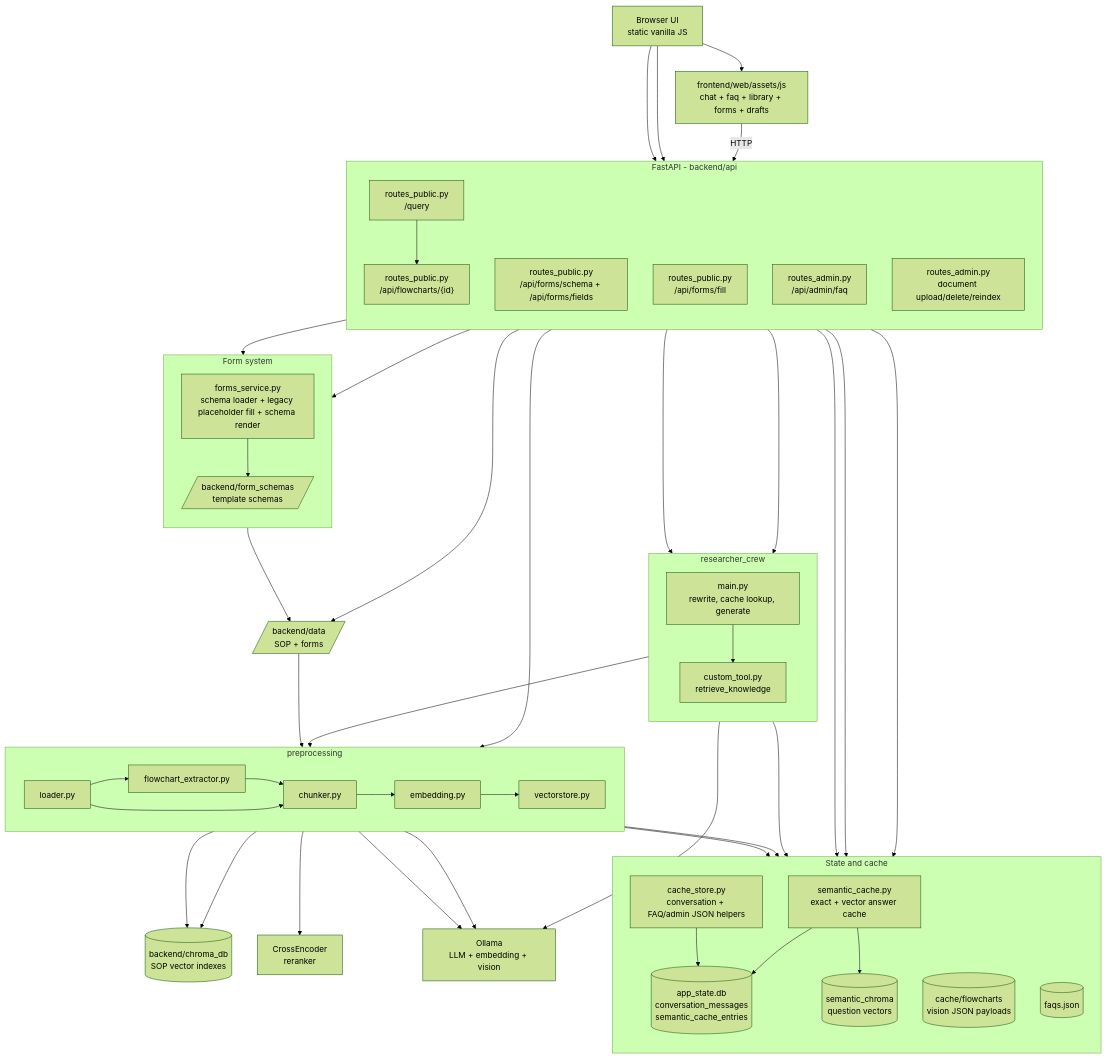
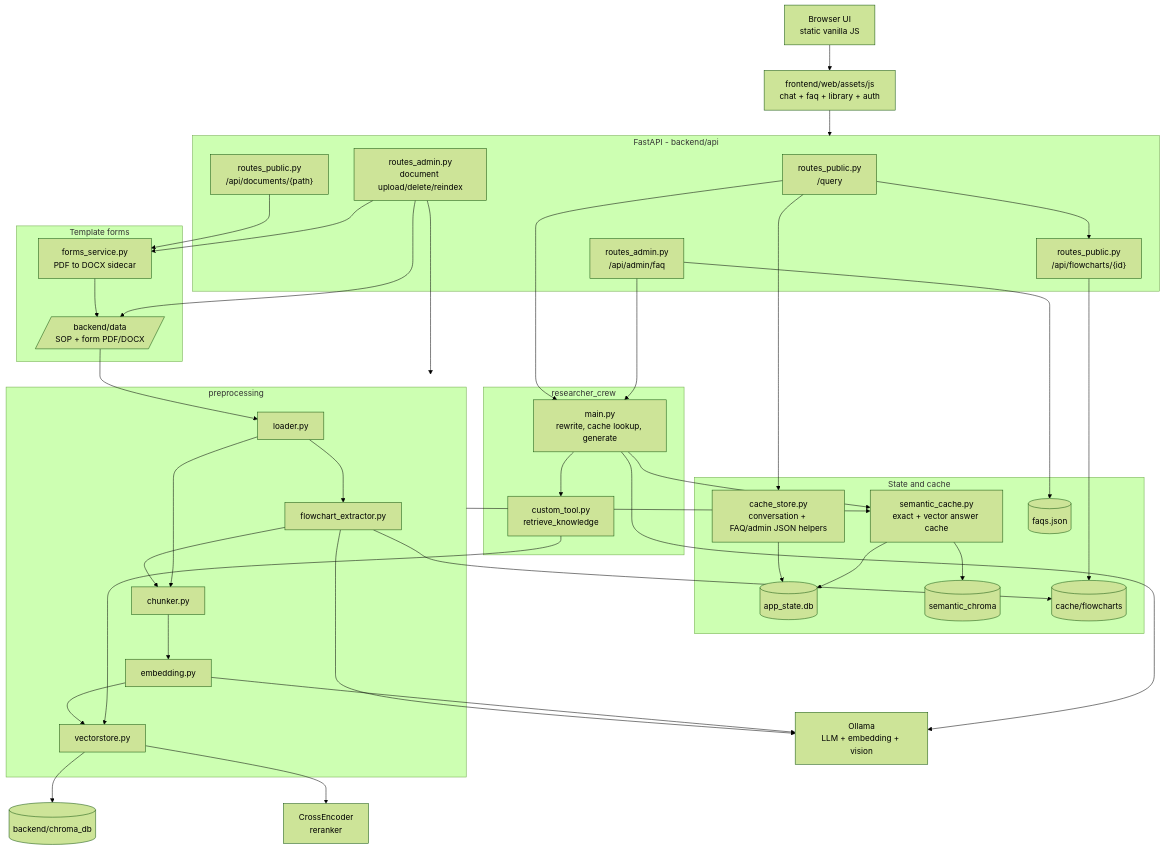
Before and after one commit to Akram17t/Internship: the diagram in Capstone/docs/TOPOLOGY.md, drawn with Mermaid (forest theme). The commit also changed other lines of this file and 43 other files, not shown here.

````diff
--- a/Capstone/docs/TOPOLOGY.md
+++ b/Capstone/docs/TOPOLOGY.md
@@ -6,66 +6,54 @@
 ```mermaid
 flowchart TB
     Browser["Browser UI<br/>static vanilla JS"]
-    FrontendModules["frontend/web/assets/js<br/>chat + faq + library + forms + drafts"]
+    FrontendModules["frontend/web/assets/js<br/>chat + faq + library + auth"]
     Ollama["Ollama<br/>LLM + embedding + vision"]
     Reranker["CrossEncoder<br/>reranker"]
 
     subgraph API["FastAPI - backend/api"]
-        direction TB
         Chat["routes_public.py<br/>/query"]
+        Downloads["routes_public.py<br/>/api/documents/{path}"]
         FlowchartAPI["routes_public.py<br/>/api/flowcharts/{id}"]
-        FormSchemaAPI["routes_public.py<br/>/api/forms/schema + /api/forms/fields"]
-        FormFillAPI["routes_public.py<br/>/api/forms/fill"]
         Faq["routes_admin.py<br/>/api/admin/faq"]
         DocMgmt["routes_admin.py<br/>document upload/delete/reindex"]
     end
 
     subgraph State["State and cache"]
-        direction TB
         CacheStore["cache_store.py<br/>conversation + FAQ/admin JSON helpers"]
-        CacheDB[("app_state.db<br/>conversation_messages<br/>semantic_cache_entries")]
+        CacheDB[("app_state.db")]
         SemanticCache["semantic_cache.py<br/>exact + vector answer cache"]
-        SemanticChroma[("semantic_chroma<br/>question vectors")]
-        FlowchartCache[("cache/flowcharts<br/>vision JSON payloads")]
+        SemanticChroma[("semantic_chroma")]
+        FlowchartCache[("cache/flowcharts")]
         Faqs[("faqs.json")]
     end
 
-    subgraph FormSystem["Form system"]
-        direction TB
-        FormSvc["forms_service.py<br/>schema loader + legacy placeholder fill + schema render"]
-        FormSchemas[/"backend/form_schemas<br/>template schemas"/]
+    subgraph Forms["Template forms"]
+        FormSvc["forms_service.py<br/>PDF to DOCX sidecar"]
+        Data[/"backend/data<br/>SOP + form PDF/DOCX"/]
     end
 
     subgraph RagRuntime["researcher_crew"]
-        direction TB
         Main["main.py<br/>rewrite, cache lookup, generate"]
         Retrieve["custom_tool.py<br/>retrieve_knowledge"]
     end
 
     subgraph Prep["preprocessing"]
-        direction LR
         Loader["loader.py"] --> FlowExt["flowchart_extractor.py"] --> Chunker["chunker.py"]
         Loader --> Chunker
         Chunker --> Embed["embedding.py"] --> VStore["vectorstore.py"]
     end
 
-    Data[/"backend/data<br/>SOP + forms"/]
-    Chroma[("backend/chroma_db<br/>SOP vector indexes")]
+    Chroma[("backend/chroma_db")]
 
     Browser --> FrontendModules
-    FrontendModules -->|HTTP| API
+    FrontendModules --> API
     Chat --> CacheStore
     CacheStore --> CacheDB
     Chat --> Main
     Chat --> FlowchartAPI
-    Browser --> FormSchemaAPI
-    Browser --> FormFillAPI
+    Downloads --> FormSvc
     FlowchartAPI --> FlowchartCache
-    FormSchemaAPI --> FormSvc
-    FormFillAPI --> FormSvc
-    FormSvc --> FormSchemas
     FormSvc --> Data
-
     Main --> SemanticCache
     SemanticCache --> CacheDB
     SemanticCache --> SemanticChroma
@@ -74,16 +62,14 @@
     Retrieve --> VStore
     VStore --> Chroma
     VStore --> Reranker
-
     Faq --> Main
     Faq --> Faqs
-
     DocMgmt --> Data
+    DocMgmt --> FormSvc
     DocMgmt --> Prep
     Data --> Loader
     FlowExt --> Ollama
     FlowExt --> FlowchartCache
     Embed --> Ollama
-    VStore --> Chroma
     Prep --> SemanticCache
 ```
````
